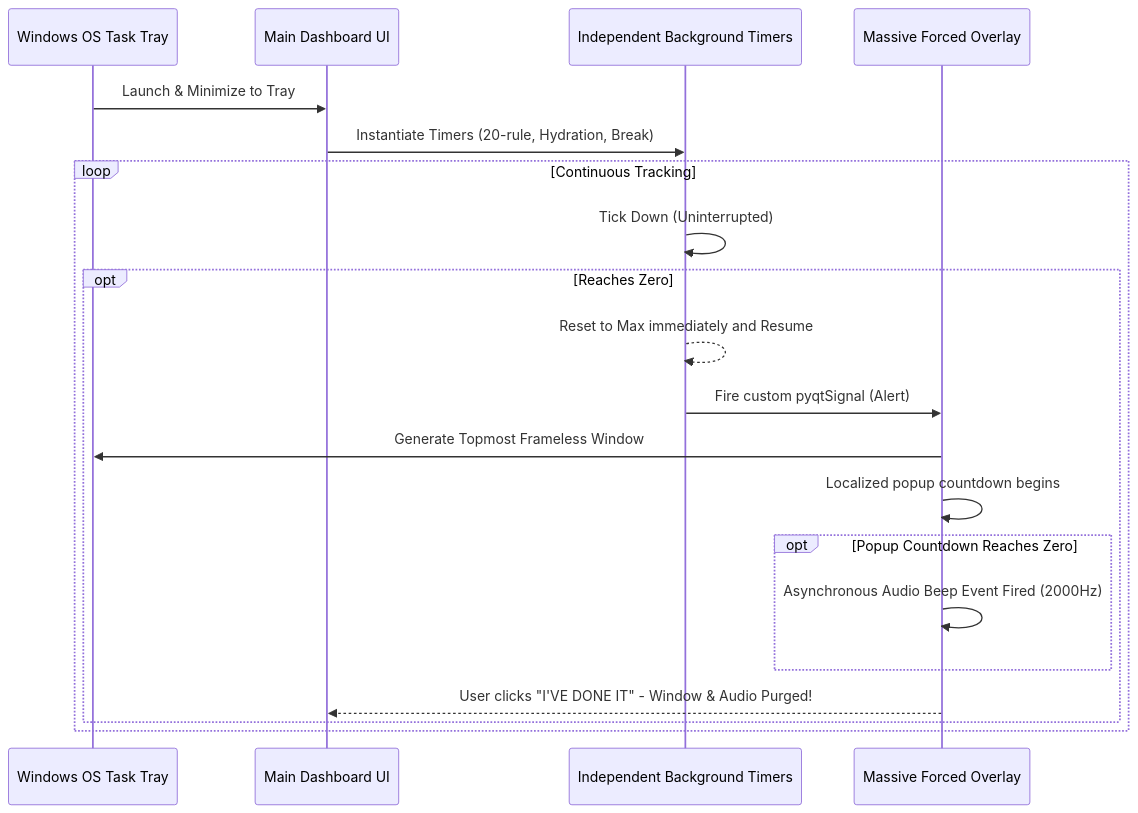
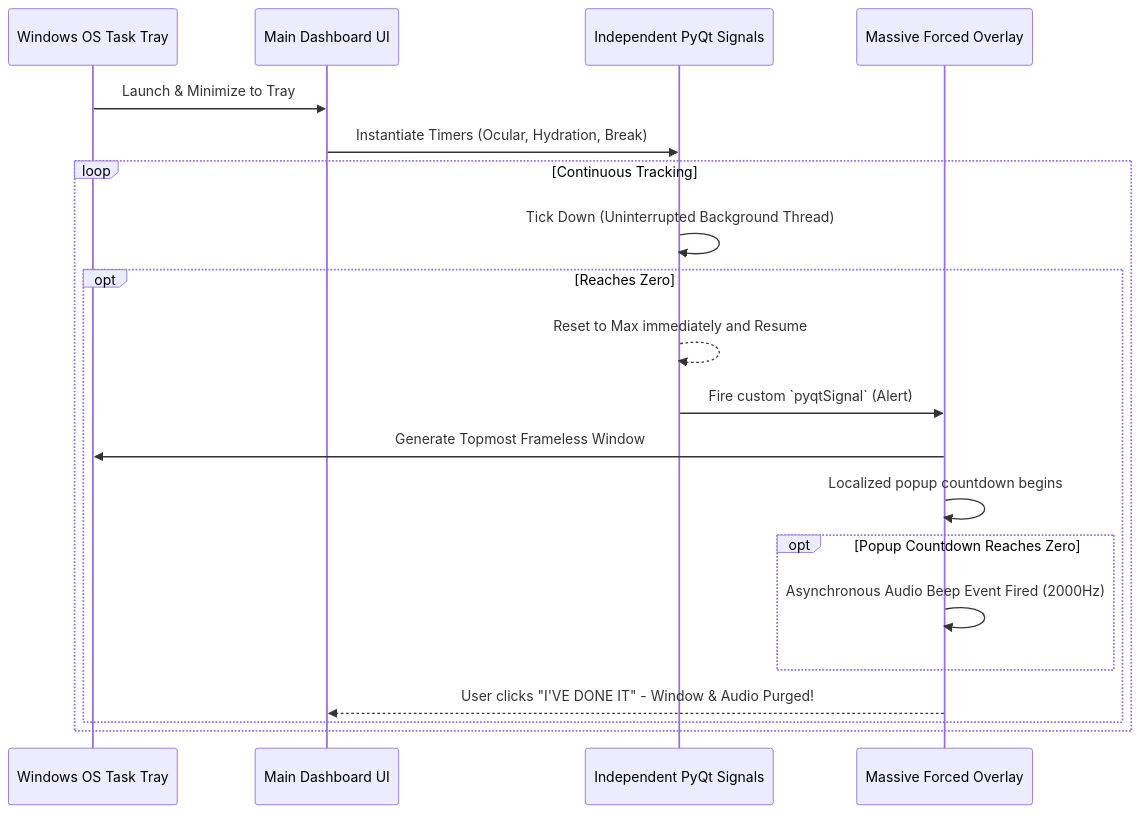
Before and after one commit to chetan0021/HealthGuardian: the diagram in README.md, drawn with Mermaid. The commit also changed other lines of this file and 1 other file, not shown here.

````diff
--- a/README.md
+++ b/README.md
@@ -13,23 +46,23 @@
 ```mermaid
 sequenceDiagram
     participant OS as Windows OS Task Tray
     participant UI as Main Dashboard UI
-    participant Timer as Independent Background Timers
+    participant Timer as Independent PyQt Signals
     participant Overlay as Massive Forced Overlay
 
     OS->>UI: Launch & Minimize to Tray
-    UI->>Timer: Instantiate Timers (20-rule, Hydration, Break)
+    UI->>Timer: Instantiate Timers (Ocular, Hydration, Break)
     loop Continuous Tracking
-        Timer->>Timer: Tick Down (Uninterrupted)
+        Timer->>Timer: Tick Down (Uninterrupted Background Thread)
         opt Reaches Zero
             Timer-->>Timer: Reset to Max immediately and Resume
-            Timer->>Overlay: Fire custom pyqtSignal (Alert)
+            Timer->>Overlay: Fire custom `pyqtSignal` (Alert)
             Overlay->>OS: Generate Topmost Frameless Window
             Overlay->>Overlay: Localized popup countdown begins
             opt Popup Countdown Reaches Zero
                 Overlay->>Overlay: Asynchronous Audio Beep Event Fired (2000Hz)
             end
             Overlay-->>UI: User clicks "I'VE DONE IT" - Window & Audio Purged!
         end
     end
 ```
````
